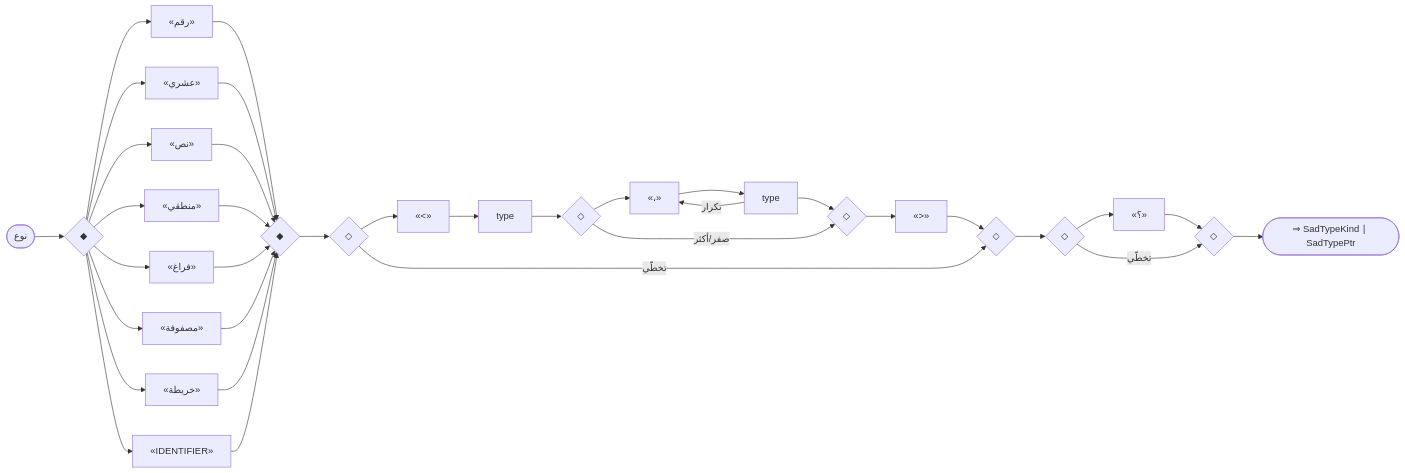
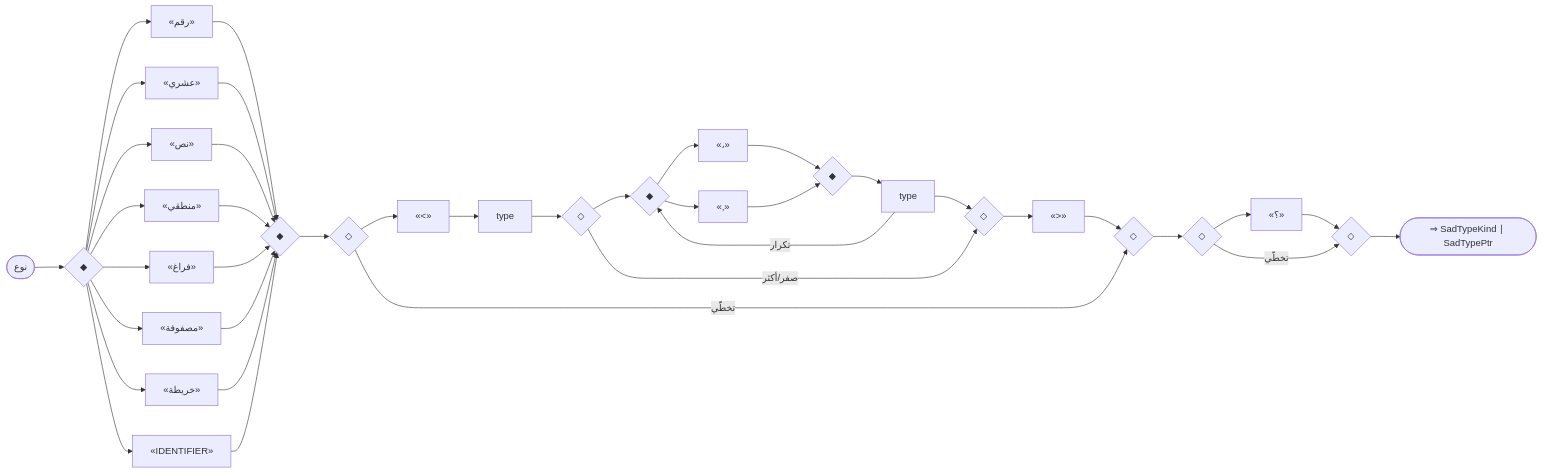
The third of 57 diagrams in docs/parser_rule/_generated/60_advanced.md (sadlang/sadlang), drawn with Mermaid before and after one commit. The commit also changed other lines of this file and 103 other files, not shown here.

````diff
--- a/docs/parser_rule/_generated/60_advanced.md
+++ b/docs/parser_rule/_generated/60_advanced.md
@@ -88,61 +88,68 @@
 ```mermaid
 flowchart LR
   n1(["نوع"])
   n2{"◆"}
   n3{"◆"}
   n4["«رقم»"]
   n2 --> n4
   n4 --> n3
   n5["«عشري»"]
   n2 --> n5
   n5 --> n3
   n6["«نص»"]
   n2 --> n6
   n6 --> n3
   n7["«منطقي»"]
   n2 --> n7
   n7 --> n3
   n8["«فراغ»"]
   n2 --> n8
   n8 --> n3
   n9["«مصفوفة»"]
   n2 --> n9
   n9 --> n3
   n10["«خريطة»"]
   n2 --> n10
   n10 --> n3
   n11["«IDENTIFIER»"]
   n2 --> n11
   n11 --> n3
   n12{"◇"}
   n13{"◇"}
   n14["«<»"]
   n15["type"]
   n14 --> n15
   n16{"◇"}
   n17{"◇"}
-  n18["«،»"]
-  n19["type"]
-  n18 --> n19
+  n18{"◆"}
+  n19{"◆"}
+  n20["«،»"]
+  n18 --> n20
+  n20 --> n19
+  n21["«,»"]
+  n18 --> n21
+  n21 --> n19
+  n22["type"]
+  n19 --> n22
   n16 --> n18
-  n19 --> n17
-  n19 -- "تكرار" --> n18
+  n22 --> n17
+  n22 -- "تكرار" --> n18
   n16 -- "صفر/أكثر" --> n17
   n15 --> n16
-  n20["«>»"]
-  n17 --> n20
+  n23["«>»"]
+  n17 --> n23
   n12 --> n14
-  n20 --> n13
+  n23 --> n13
   n12 -- "تخطّي" --> n13
   n3 --> n12
-  n21{"◇"}
-  n22{"◇"}
-  n23["«؟»"]
-  n21 --> n23
-  n23 --> n22
-  n21 -- "تخطّي" --> n22
-  n13 --> n21
+  n24{"◇"}
+  n25{"◇"}
+  n26["«؟»"]
+  n24 --> n26
+  n26 --> n25
+  n24 -- "تخطّي" --> n25
+  n13 --> n24
   n1 --> n2
-  n24(["⇒ SadTypeKind ∣ SadTypePtr"])
-  n22 --> n24
+  n27(["⇒ SadTypeKind ∣ SadTypePtr"])
+  n25 --> n27
 ```
````
